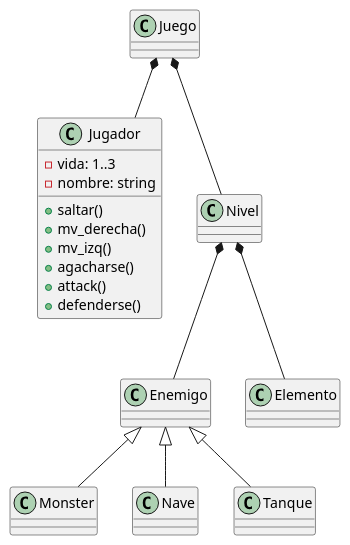
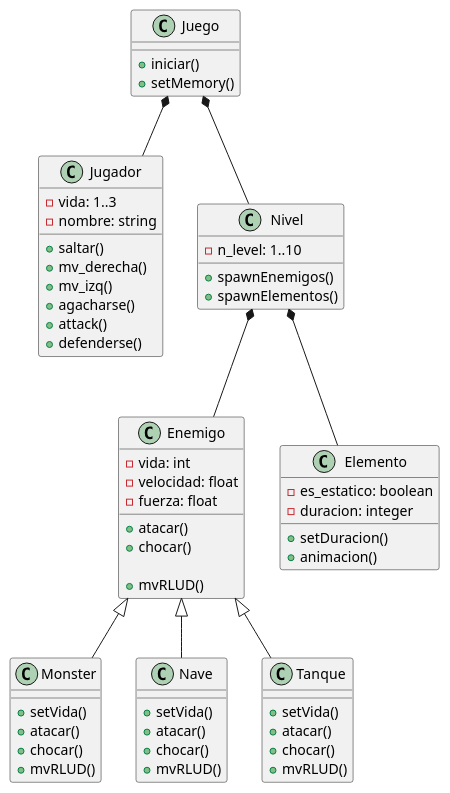
Before and after one commit to Z0SO/UML-Practice: the third of 3 diagrams in 1-Repaso recuperatorio/Repaso Recuperatorio.md, drawn with PlantUML. The commit also changed 1 other file, not shown here.

Commit message:
bkp -> 2024-08-11 21:00:51

```diff
--- a/1-Repaso recuperatorio/Repaso Recuperatorio.md
+++ b/1-Repaso recuperatorio/Repaso Recuperatorio.md
@@ -247,6 +247,10 @@
 
 class sistema as "Juego" {
 
+
+
+ + iniciar()
+ + setMemory()
 }
 
 
@@ -267,13 +271,26 @@
 
 class enemigo as "Enemigo" {
 
+- vida: int
+- velocidad: float
+- fuerza: float
 
 
++ atacar()
++ chocar()
+
+'nota que son todos los metodos de movimiento'
++ mvRLUD()
 
 }
 
 class nivel as "Nivel" {
+    - n_level: 1..10
+    
 
+
+    + spawnEnemigos()
+    + spawnElementos()
 
 }
 
@@ -281,19 +298,42 @@
 
 
 class elemento as "Elemento" {
+   - es_estatico: boolean
+   - duracion: integer
 
+    + setDuracion()
+   + animacion()
 }
 
 
 class monstruo as "Monster" {
+    + setVida()
+    + atacar()
+    + chocar()
+    + mvRLUD()
+
+
+
 
 }
 
 class nave as "Nave" {
+    + setVida()
+    + atacar()
+    + chocar()
+    + mvRLUD()
+
+
 
 }
 
 class tanque as "Tanque" {
+    + setVida()
+    + atacar()
+    + chocar()
+    + mvRLUD()
+
+
 
 }
 
```
